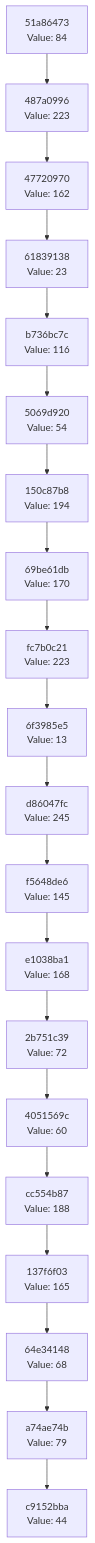
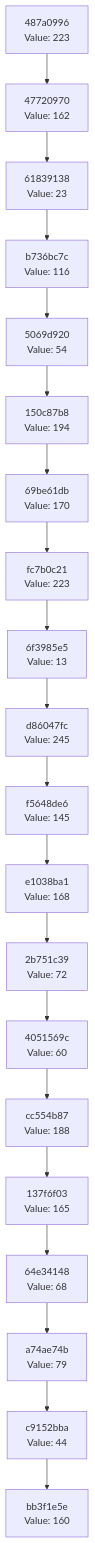
The diagram in docs/CHAIN_VISUALIZATION.md (Abhisheksinha1506/hash-chain-evolver), drawn with Mermaid before and after one commit. The commit also changed 3 other files, not shown here.

````diff
--- a/docs/CHAIN_VISUALIZATION.md
+++ b/docs/CHAIN_VISUALIZATION.md
@@ -3,42 +3,42 @@
 ```mermaid
 graph TD
-    C0["c9152bba<br/>Value: 44"]
-    C1["a74ae74b<br/>Value: 79"]
+    C0["bb3f1e5e<br/>Value: 160"]
+    C1["c9152bba<br/>Value: 44"]
     C1 --> C0
-    C2["64e34148<br/>Value: 68"]
+    C2["a74ae74b<br/>Value: 79"]
     C2 --> C1
-    C3["137f6f03<br/>Value: 165"]
+    C3["64e34148<br/>Value: 68"]
     C3 --> C2
-    C4["cc554b87<br/>Value: 188"]
+    C4["137f6f03<br/>Value: 165"]
     C4 --> C3
-    C5["4051569c<br/>Value: 60"]
+    C5["cc554b87<br/>Value: 188"]
     C5 --> C4
-    C6["2b751c39<br/>Value: 72"]
+    C6["4051569c<br/>Value: 60"]
     C6 --> C5
-    C7["e1038ba1<br/>Value: 168"]
+    C7["2b751c39<br/>Value: 72"]
     C7 --> C6
-    C8["f5648de6<br/>Value: 145"]
+    C8["e1038ba1<br/>Value: 168"]
     C8 --> C7
-    C9["d86047fc<br/>Value: 245"]
+    C9["f5648de6<br/>Value: 145"]
     C9 --> C8
-    C10["6f3985e5<br/>Value: 13"]
+    C10["d86047fc<br/>Value: 245"]
     C10 --> C9
-    C11["fc7b0c21<br/>Value: 223"]
+    C11["6f3985e5<br/>Value: 13"]
     C11 --> C10
-    C12["69be61db<br/>Value: 170"]
+    C12["fc7b0c21<br/>Value: 223"]
     C12 --> C11
-    C13["150c87b8<br/>Value: 194"]
+    C13["69be61db<br/>Value: 170"]
     C13 --> C12
-    C14["5069d920<br/>Value: 54"]
+    C14["150c87b8<br/>Value: 194"]
     C14 --> C13
-    C15["b736bc7c<br/>Value: 116"]
+    C15["5069d920<br/>Value: 54"]
     C15 --> C14
-    C16["61839138<br/>Value: 23"]
+    C16["b736bc7c<br/>Value: 116"]
     C16 --> C15
-    C17["47720970<br/>Value: 162"]
+    C17["61839138<br/>Value: 23"]
     C17 --> C16
-    C18["487a0996<br/>Value: 223"]
+    C18["47720970<br/>Value: 162"]
     C18 --> C17
-    C19["51a86473<br/>Value: 84"]
+    C19["487a0996<br/>Value: 223"]
     C19 --> C18
 ```
````
